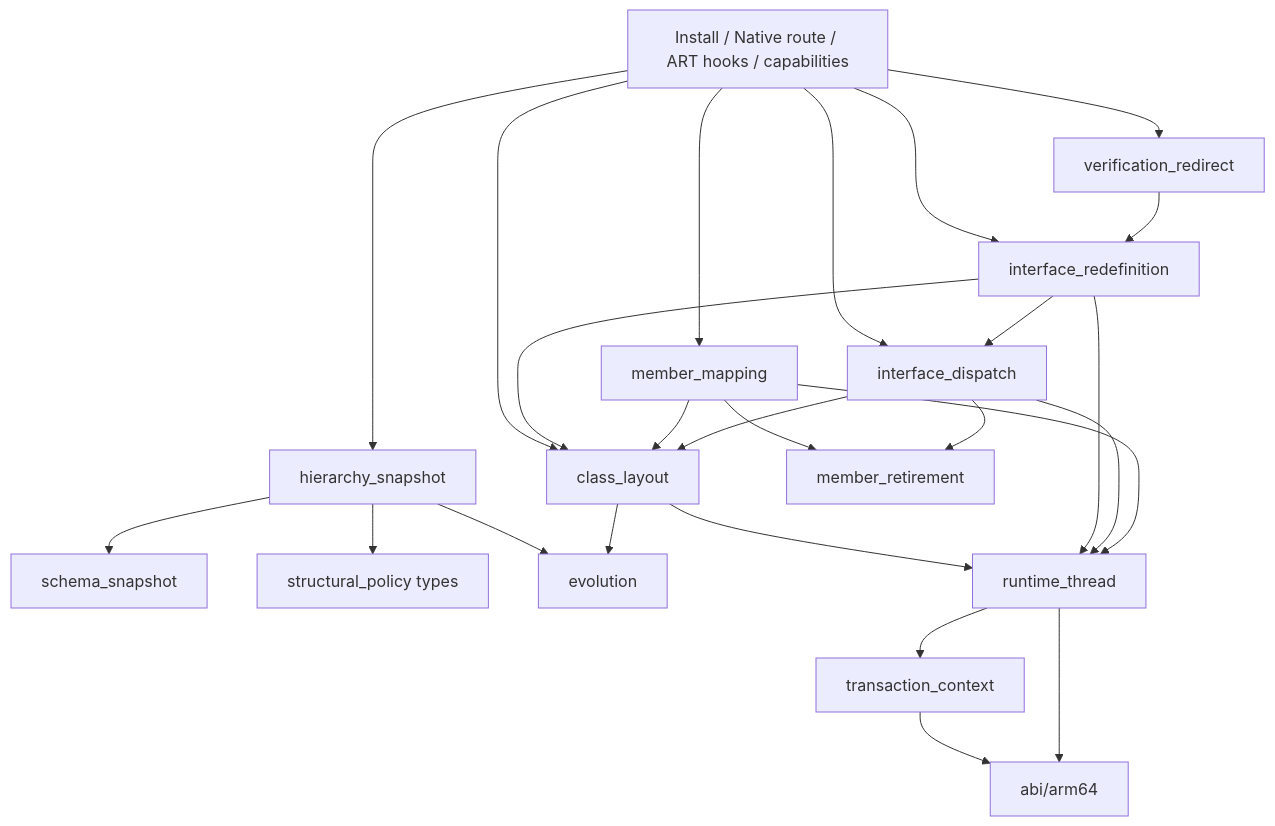
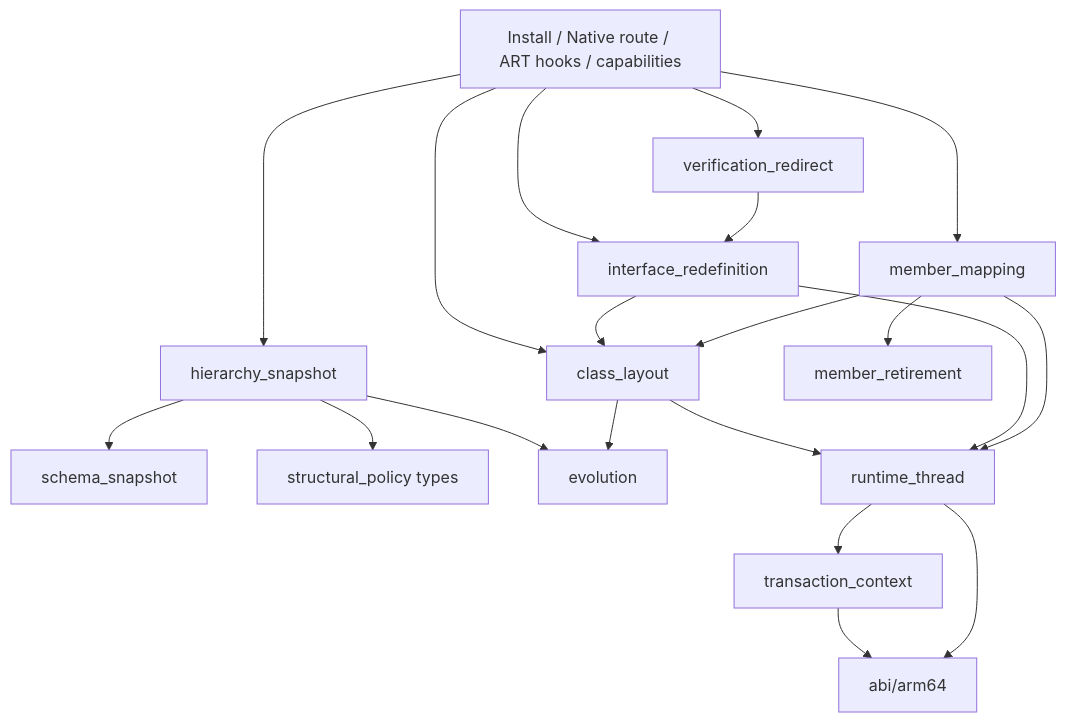
Before and after one commit to ytlog/art-dcevm: the diagram in docs/STRUCTURAL_REDEFINE_ENGINE.en.md, drawn with Mermaid. The commit also changed other lines of this file and 39 other files, not shown here.

````diff
--- a/docs/STRUCTURAL_REDEFINE_ENGINE.en.md
+++ b/docs/STRUCTURAL_REDEFINE_ENGINE.en.md
@@ -406,27 +395,22 @@
 ```mermaid
 flowchart TD
     engine[Install / Native route / ART hooks / capabilities] --> mapping[member_mapping]
     engine --> verify[verification_redirect]
     engine --> interface[interface_redefinition]
-    engine --> dispatch[interface_dispatch]
     engine --> layout[class_layout]
     engine --> hierarchy[hierarchy_snapshot]
     hierarchy --> schema[schema_snapshot]
     hierarchy --> policy[structural_policy types]
     hierarchy --> evolution[evolution]
     verify --> interface
     layout --> evolution
-    interface --> dispatch
     interface --> layout
     mapping --> layout
     mapping --> retirement[member_retirement]
-    dispatch --> layout
-    dispatch --> retirement
     layout --> thread[runtime_thread]
     interface --> thread
-    dispatch --> thread
     mapping --> thread
     thread --> context[transaction_context]
     context --> abi[abi/arm64]
     thread --> abi
 ```
````
